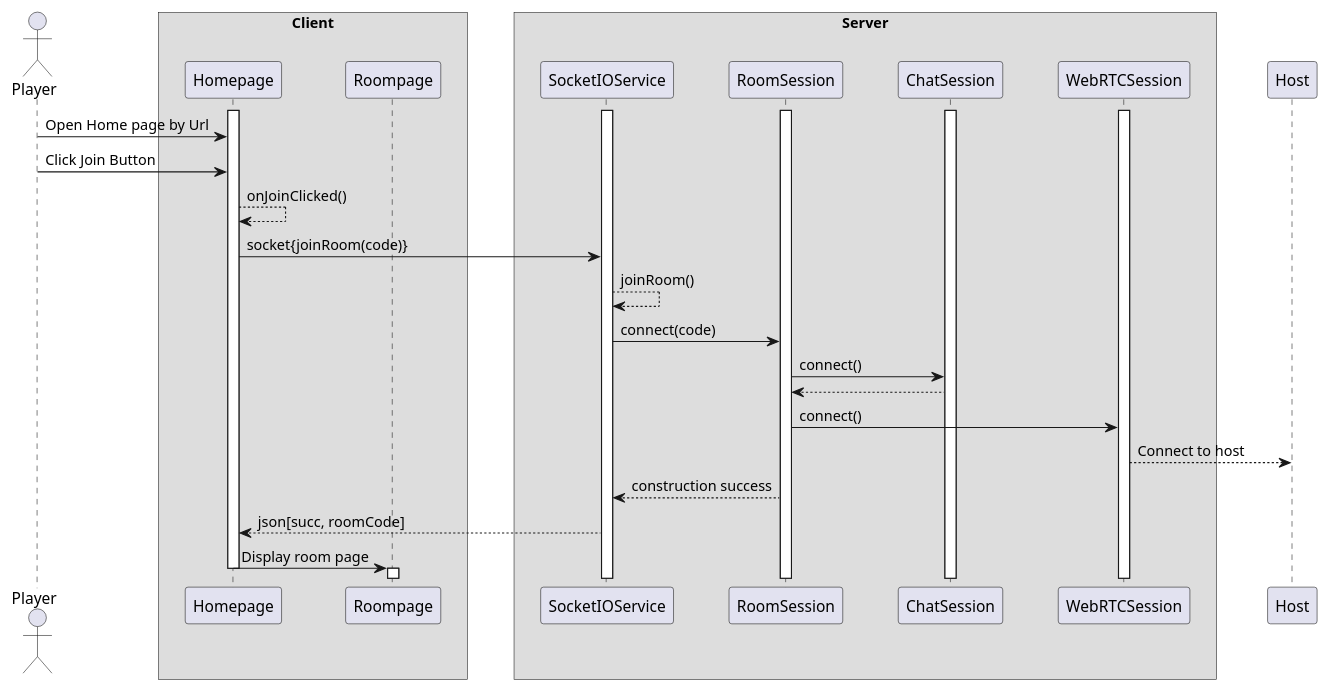
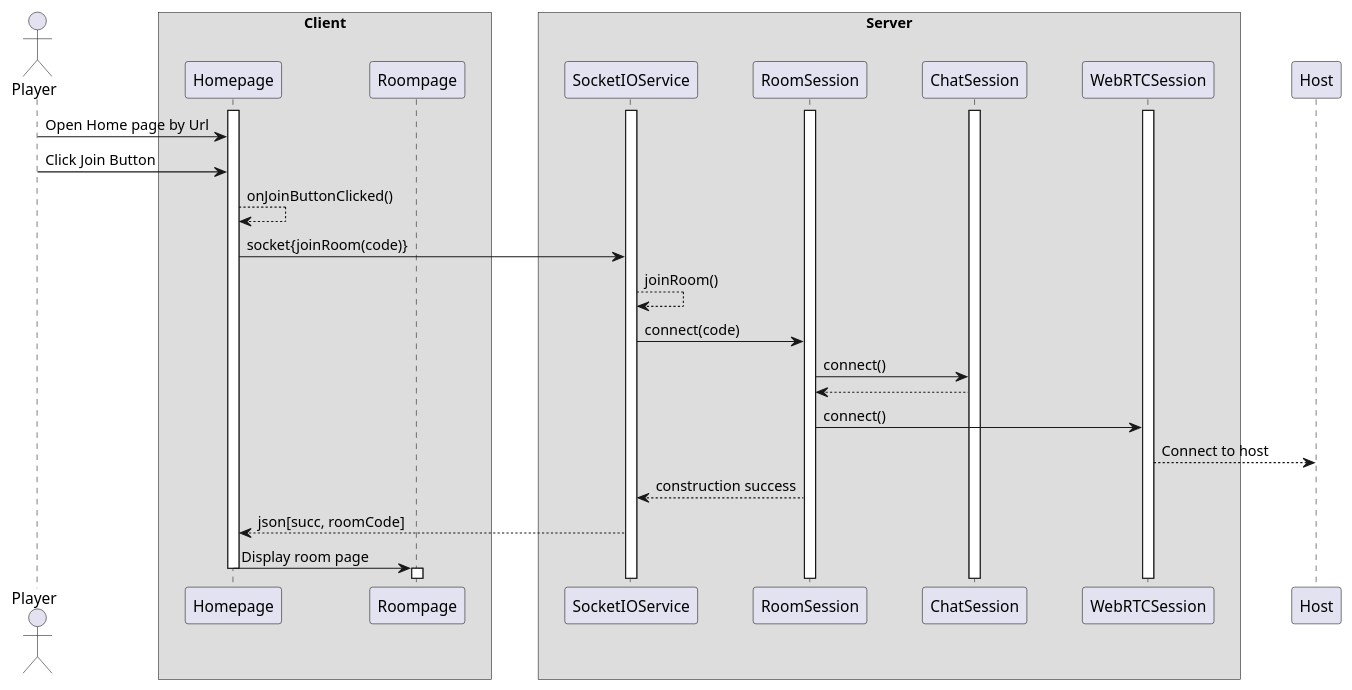
One commit to ducklin5/TTetris changed the diagram in docs/JoinRoomSequence.puml. Above: the diagram before and after it, drawn with PlantUML. The commit also changed 38 other files, not shown here.

Commit message:
feat: compile preliminary design diagrams to pdf

```diff
--- a/docs/JoinRoomSequence.puml
+++ b/docs/JoinRoomSequence.puml
@@ -2,46 +2,46 @@
-@startuml GenerateRoom
+@startuml DisplayJoinRoomSequence
 skinparam ParticipantPadding 20
 skinparam BoxPadding 20
 
 
 actor Player
 participant SocketIOService as SS
 participant RoomSession as RS
 
 box Client
     participant Homepage as HP
     participant Roompage as RP
 end box
 
 box Server
     participant SocketService as SS
     participant RoomSession as RS
     participant ChatSession as CS
     participant WebRTCSession as WS
 end Box
 
 activate SS
 activate HP
 activate RS
 activate CS
 activate WS
 Player -> HP: Open Home page by Url
 Player -> HP: Click Join Button
-HP --> HP: onJoinClicked()
+HP --> HP: onJoinButtonClicked()
 HP -> SS: socket{joinRoom(code)}
 SS --> SS: joinRoom()
 SS -> RS: connect(code)
 RS -> CS: connect()
 CS --> RS
 RS -> WS: connect()
 WS --> Host : Connect to host
 RS --> SS : construction success
 SS --> HP: json[succ, roomCode]
 
 
 HP -> RP: Display room page
 deactivate HP
 activate RP
 
 
 @enduml
```
